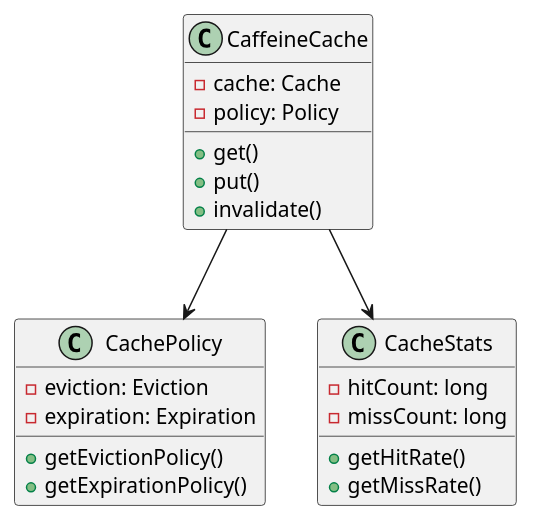
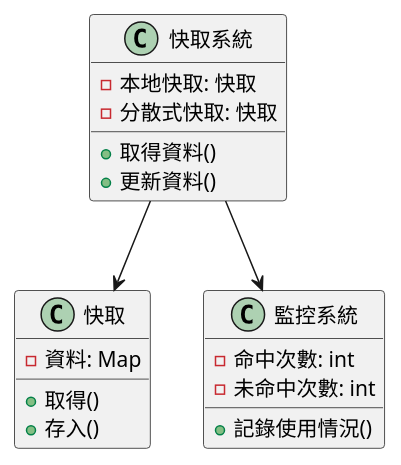
The second of 3 diagrams in doc/learning/architecture/cache_tutorial.md (fine5351/info-sync), drawn with PlantUML before and after one commit. The commit also changed other lines of this file and 35 other files, not shown here.

````diff
--- a/doc/learning/architecture/cache_tutorial.md
+++ b/doc/learning/architecture/cache_tutorial.md
@@ -207,28 +132,25 @@
 ```plantuml
 @startuml
-class CaffeineCache {
-    - cache: Cache
-    - policy: Policy
-    + get()
-    + put()
-    + invalidate()
+class 快取系統 {
+    - 本地快取: 快取
+    - 分散式快取: 快取
+    + 取得資料()
+    + 更新資料()
 }
 
-class CachePolicy {
-    - eviction: Eviction
-    - expiration: Expiration
-    + getEvictionPolicy()
-    + getExpirationPolicy()
+class 快取 {
+    - 資料: Map
+    + 取得()
+    + 存入()
 }
 
-class CacheStats {
-    - hitCount: long
-    - missCount: long
-    + getHitRate()
-    + getMissRate()
+class 監控系統 {
+    - 命中次數: int
+    - 未命中次數: int
+    + 記錄使用情況()
 }
 
-CaffeineCache --> CachePolicy
-CaffeineCache --> CacheStats
+快取系統 --> 快取
+快取系統 --> 監控系統
 @enduml
 ```
````
